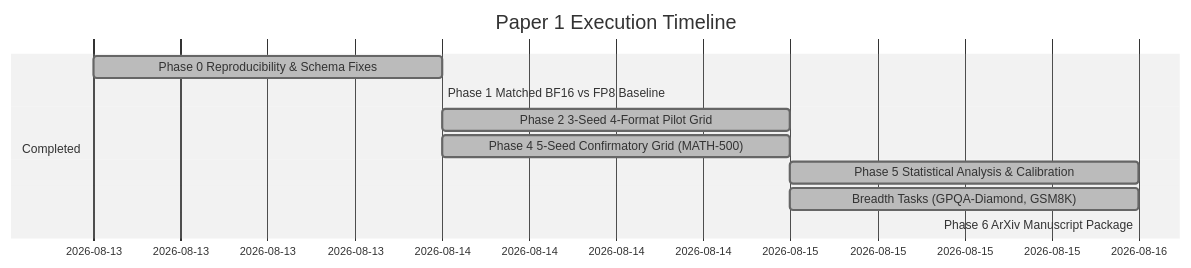
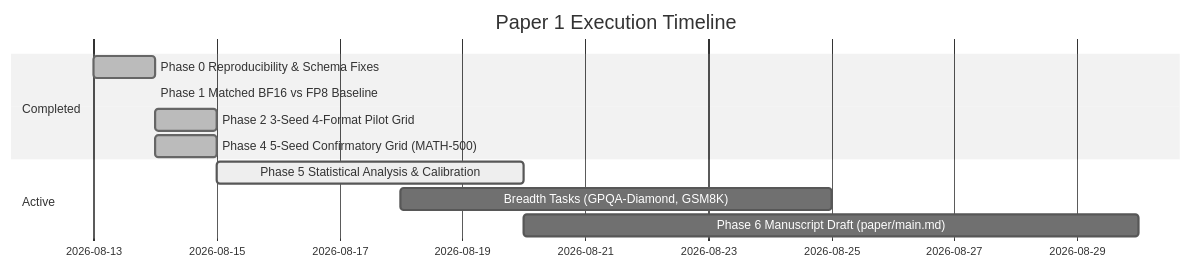
One commit to Manish06N/reasoning-compression-lab changed the second of 2 diagrams in AGENTS.md. Above: the diagram before and after it, drawn with Mermaid (neutral theme). The commit also changed other lines of this file and 71 other files, not shown here.

````diff
--- a/AGENTS.md
+++ b/AGENTS.md
@@ -108,13 +121,14 @@
 ```mermaid
 gantt
     title Paper 1 Execution Timeline
     dateFormat  YYYY-MM-DD
     section Completed
     Phase 0 Reproducibility & Schema Fixes       :done, 2026-08-13, 2026-08-14
     Phase 1 Matched BF16 vs FP8 Baseline        :done, 2026-08-14, 2026-08-14
     Phase 2 3-Seed 4-Format Pilot Grid          :done, 2026-08-14, 2026-08-15
     Phase 4 5-Seed Confirmatory Grid (MATH-500) :done, 2026-08-14, 2026-08-15
-    Phase 5 Statistical Analysis & Calibration  :done, 2026-08-15, 2026-08-16
-    Breadth Tasks (GPQA-Diamond, GSM8K)         :done, 2026-08-15, 2026-08-16
-    Phase 6 ArXiv Manuscript Package            :done, 2026-08-16, 2026-08-16
+    section Active
+    Phase 5 Statistical Analysis & Calibration  :active, 2026-08-15, 2026-08-20
+    Breadth Tasks (GPQA-Diamond, GSM8K)         :2026-08-18, 2026-08-25
+    Phase 6 Manuscript Draft (paper/main.md)    :2026-08-20, 2026-08-30
 ```
````
